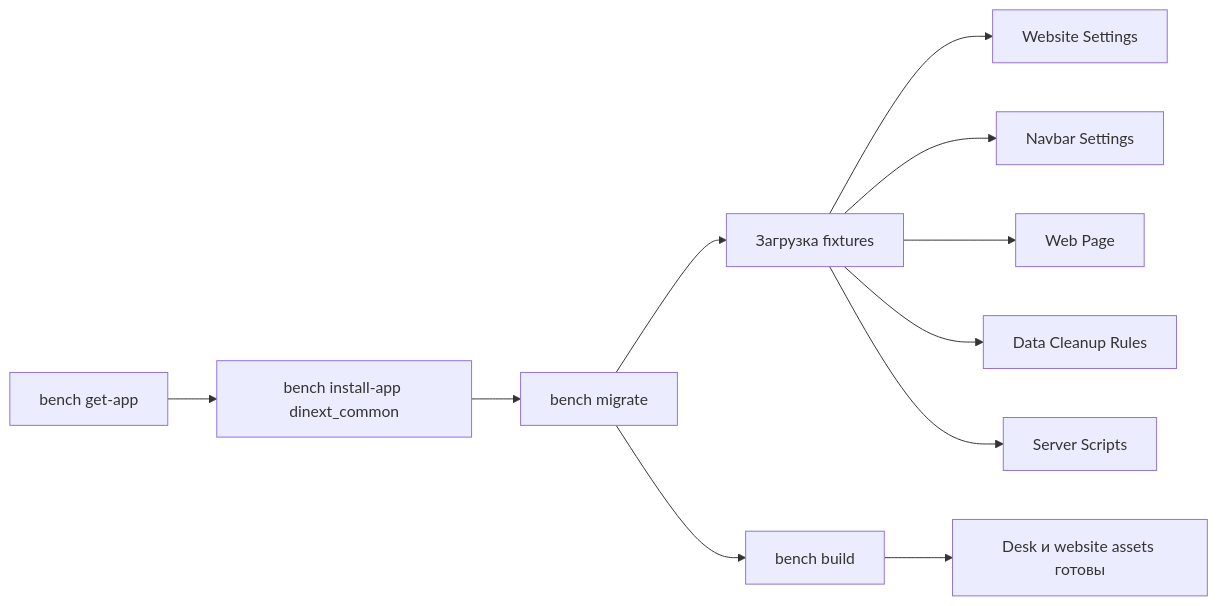
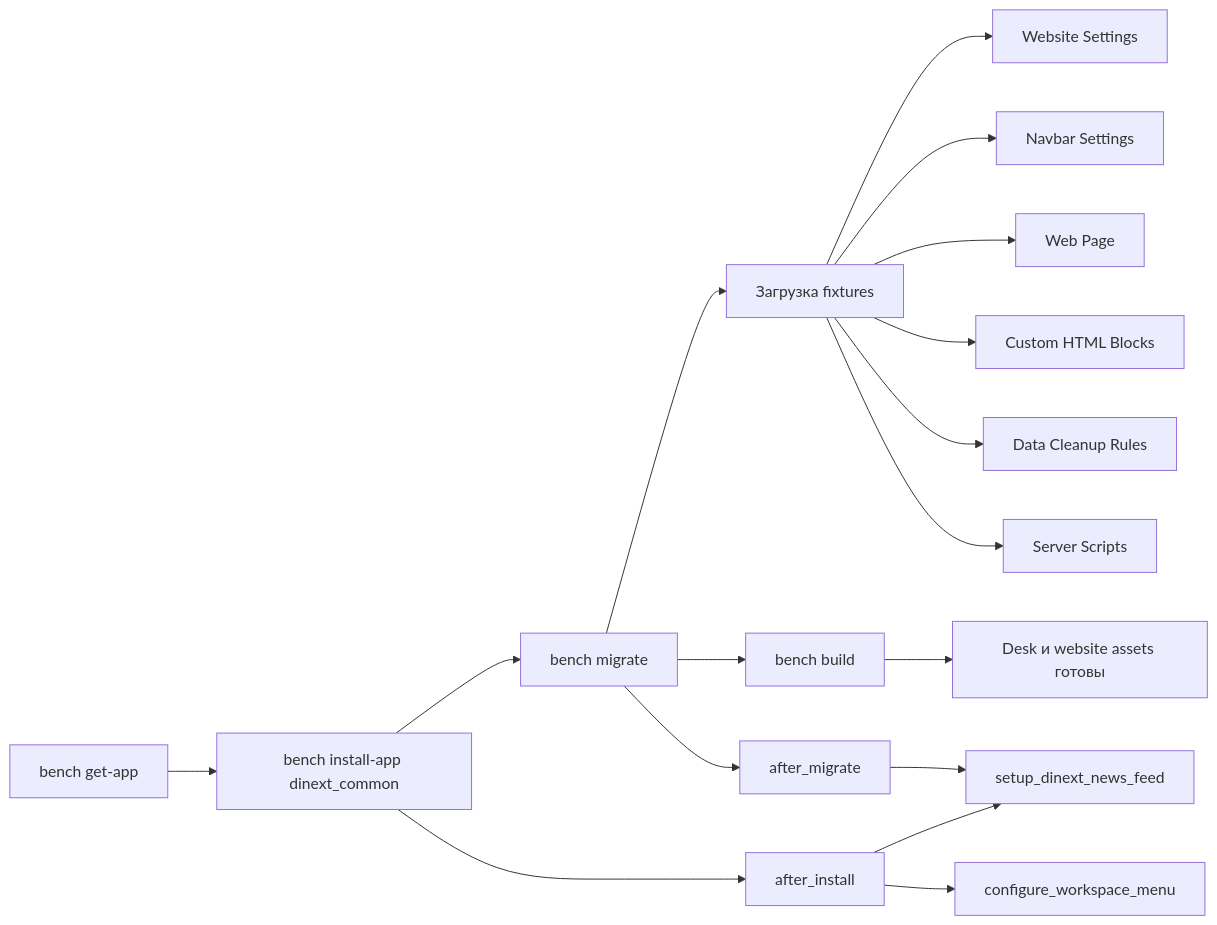
Before and after one commit to Dinext-pro/dinext-common: the first of 5 diagrams in README.md, drawn with Mermaid. The commit also changed other lines of this file and 2 other files, not shown here.

First line of the commit message:
feat(workspace): enhance Dinext Hub and Settings Hub functionality

````diff
--- a/README.md
+++ b/README.md
@@ -371,13 +570,19 @@
 ```mermaid
 flowchart LR
   getApp["bench get-app"] --> installApp["bench install-app dinext_common"]
   installApp --> migrate["bench migrate"]
   migrate --> fixtures["Загрузка fixtures"]
   fixtures --> website["Website Settings"]
   fixtures --> navbar["Navbar Settings"]
   fixtures --> homepage["Web Page"]
+  fixtures --> hubBlocks["Custom HTML Blocks"]
   fixtures --> cleanupRules["Data Cleanup Rules"]
   fixtures --> serverScripts["Server Scripts"]
+  installApp --> afterInstall["after_install"]
+  afterInstall --> workspaceMenu["configure_workspace_menu"]
+  afterInstall --> newsSetup["setup_dinext_news_feed"]
+  migrate --> afterMigrate["after_migrate"]
+  afterMigrate --> newsSetup
   migrate --> build["bench build"]
   build --> assets["Desk и website assets готовы"]
 ```
````
